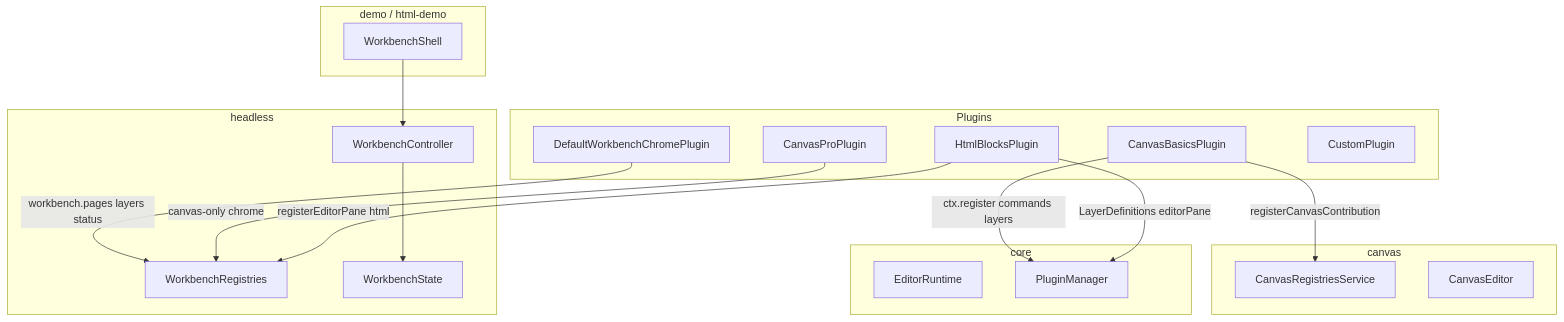
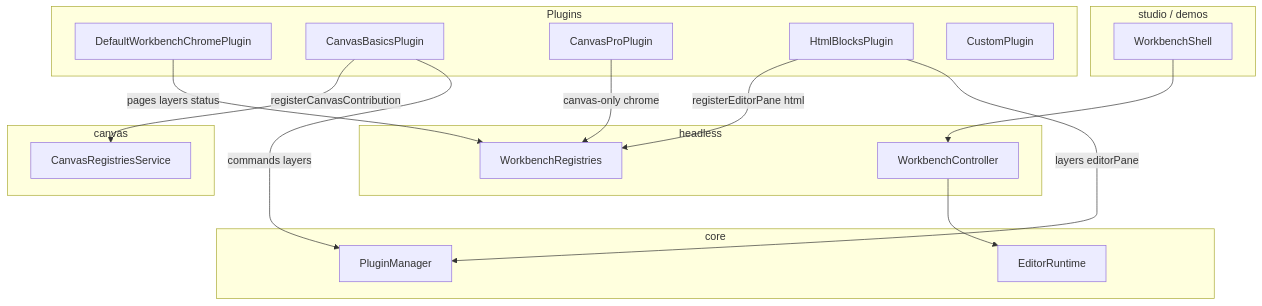
The diagram in Architecture.md (openenvx/editor), drawn with Mermaid before and after one commit. The commit also changed other lines of this file and 17 other files, not shown here.

````diff
--- a/Architecture.md
+++ b/Architecture.md
@@ -120,34 +61,32 @@
 ```mermaid
 flowchart TB
   subgraph plugins [Plugins]
     Chrome[DefaultWorkbenchChromePlugin]
     CanvasBasics[CanvasBasicsPlugin]
     CanvasPro[CanvasProPlugin]
     HtmlBlocks[HtmlBlocksPlugin]
     Custom[CustomPlugin]
   end
   subgraph canvasPkg [canvas]
     Registries[CanvasRegistriesService]
-    CanvasEditor[CanvasEditor]
   end
   subgraph coreHost [core]
     Runtime[EditorRuntime]
     PluginHost[PluginManager]
   end
   subgraph headlessPkg [headless]
     WbRegs[WorkbenchRegistries]
     Controller[WorkbenchController]
-    State[WorkbenchState]
   end
-  subgraph app [demo / html-demo]
+  subgraph app [studio / demos]
     Shell[WorkbenchShell]
   end
-  Chrome -->|workbench.pages layers status| WbRegs
-  CanvasBasics -->|ctx.register commands layers| PluginHost
+  Chrome -->|pages layers status| WbRegs
+  CanvasBasics -->|commands layers| PluginHost
   CanvasBasics -->|registerCanvasContribution| Registries
   CanvasPro -->|canvas-only chrome| WbRegs
-  HtmlBlocks -->|LayerDefinitions editorPane| PluginHost
+  HtmlBlocks -->|layers editorPane| PluginHost
   HtmlBlocks -->|registerEditorPane html| WbRegs
-  Controller --> State
   Shell --> Controller
+  Controller --> Runtime
 ```
````
